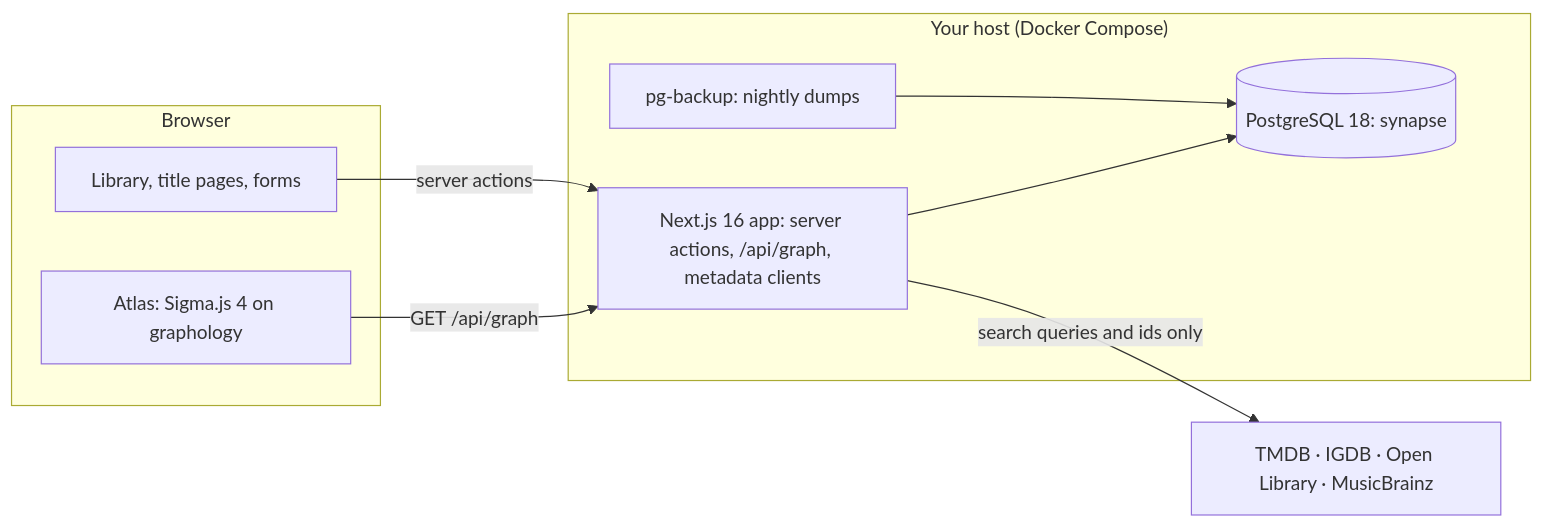
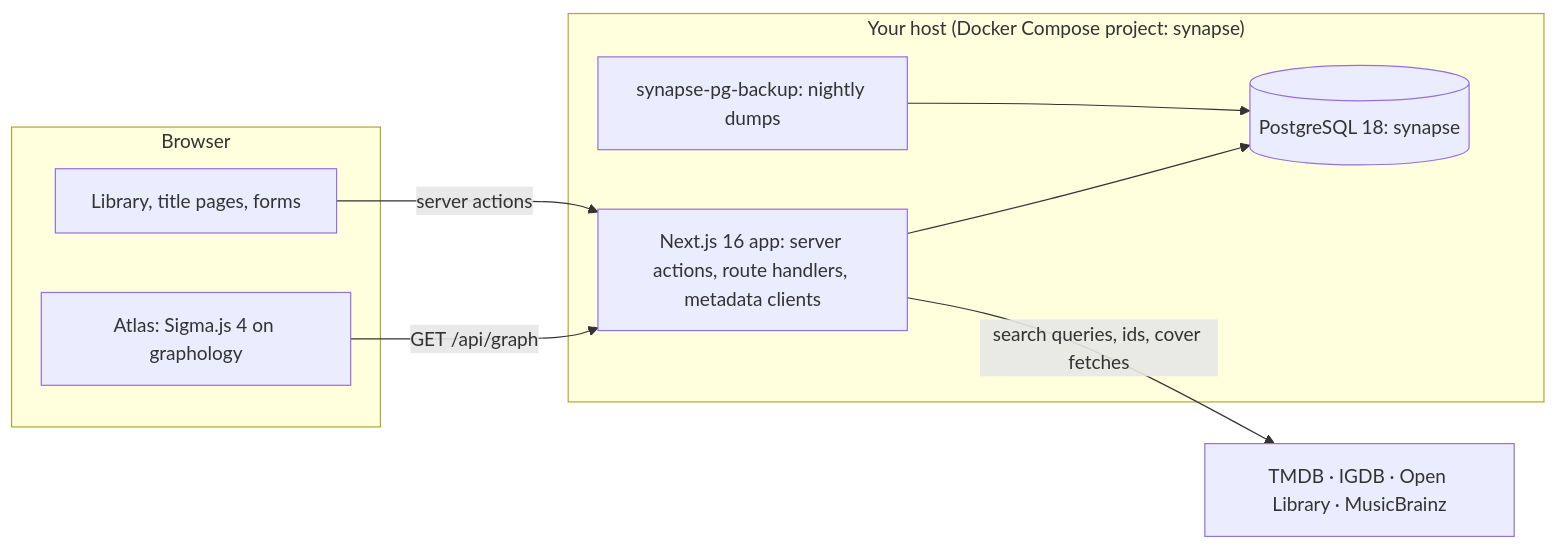
The diagram in docs/design/phase-1-core-graph.md (aellington89/synapse), drawn with Mermaid before and after one commit. The commit also changed other lines of this file and 2 other files, not shown here.

````diff
--- a/docs/design/phase-1-core-graph.md
+++ b/docs/design/phase-1-core-graph.md
@@ -75,18 +81,18 @@
 ```mermaid
 flowchart LR
   subgraph Browser
     Atlas["Atlas: Sigma.js 4 on graphology"]
     Views["Library, title pages, forms"]
   end
-  subgraph Host["Your host (Docker Compose)"]
-    App["Next.js 16 app: server actions, /api/graph, metadata clients"]
+  subgraph Host["Your host (Docker Compose project: synapse)"]
+    App["Next.js 16 app: server actions, route handlers, metadata clients"]
     DB[("PostgreSQL 18: synapse")]
-    Backup["pg-backup: nightly dumps"]
+    Backup["synapse-pg-backup: nightly dumps"]
   end
   Providers["TMDB · IGDB · Open Library · MusicBrainz"]
   Atlas -- "GET /api/graph" --> App
   Views -- "server actions" --> App
   App --> DB
   Backup --> DB
-  App -- "search queries and ids only" --> Providers
+  App -- "search queries, ids, cover fetches" --> Providers
 ```
````
